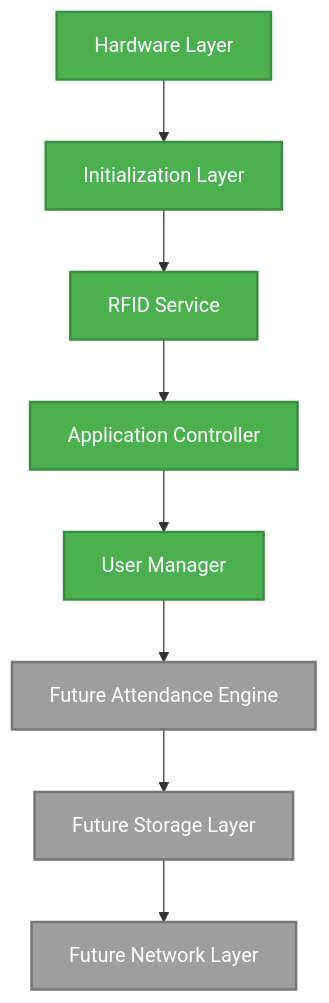
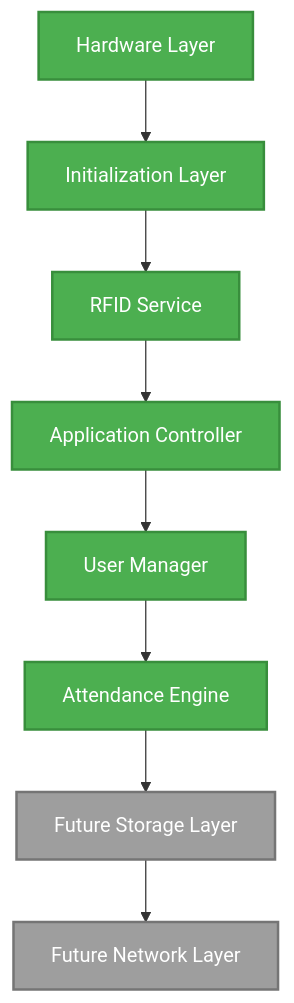
The diagram in README.md (Ayaan1911/ESP32-RFID-Attendance-System), drawn with Mermaid before and after one commit. The commit also changed other lines of this file and 3 other files, not shown here.

````diff
--- a/README.md
+++ b/README.md
@@ -52,19 +52,19 @@
 ```mermaid
 graph TD
     A[Hardware Layer] --> B[Initialization Layer]
     B --> C[RFID Service]
     C --> D[Application Controller]
     D --> E[User Manager]
-    E --> F[Future Attendance Engine]
+    E --> F[Attendance Engine]
     F --> G[Future Storage Layer]
     G --> H[Future Network Layer]
 
     style A fill:#4CAF50,stroke:#388E3C,stroke-width:2px,color:#fff
     style B fill:#4CAF50,stroke:#388E3C,stroke-width:2px,color:#fff
     style C fill:#4CAF50,stroke:#388E3C,stroke-width:2px,color:#fff
     style D fill:#4CAF50,stroke:#388E3C,stroke-width:2px,color:#fff
     style E fill:#4CAF50,stroke:#388E3C,stroke-width:2px,color:#fff
-    style F fill:#9E9E9E,stroke:#757575,stroke-width:2px,color:#fff
+    style F fill:#4CAF50,stroke:#388E3C,stroke-width:2px,color:#fff
     style G fill:#9E9E9E,stroke:#757575,stroke-width:2px,color:#fff
     style H fill:#9E9E9E,stroke:#757575,stroke-width:2px,color:#fff
 ```
````
